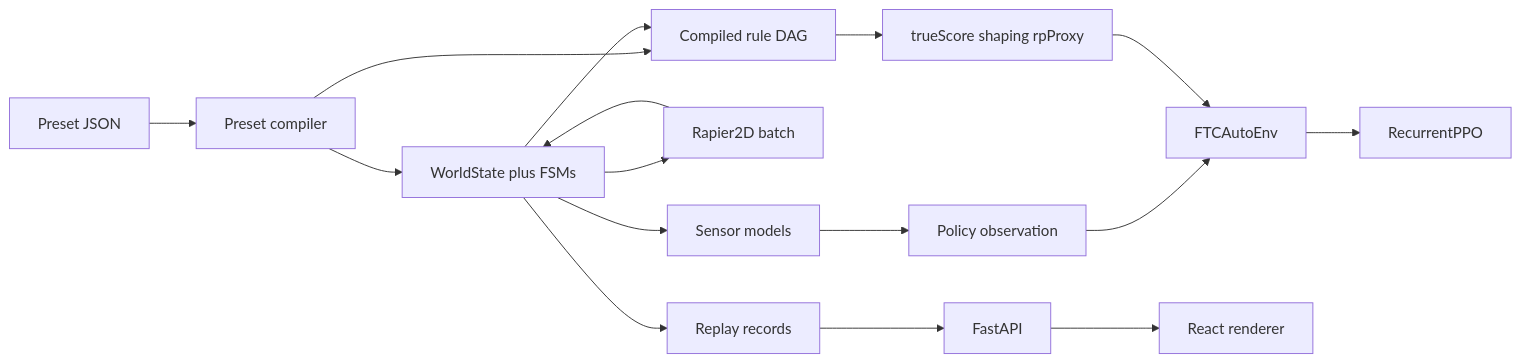
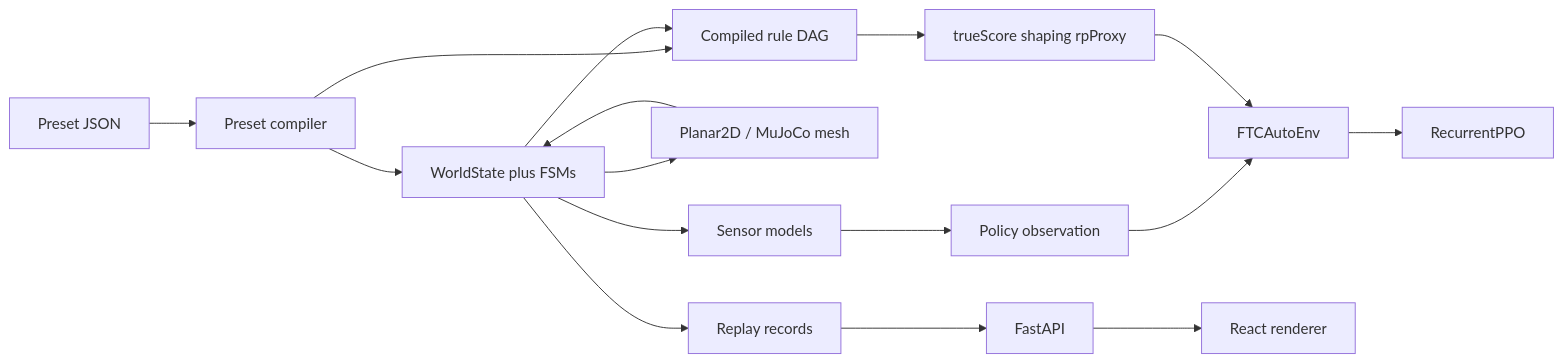
One commit to EpiscopalRoboJP/TalonGym changed the diagram in docs/ARCHITECTURE.md. Above: the diagram before and after it, drawn with Mermaid. The commit also changed other lines of this file and 43 other files, not shown here.

````diff
--- a/docs/ARCHITECTURE.md
+++ b/docs/ARCHITECTURE.md
@@ -93,18 +93,18 @@
 ```mermaid
 flowchart LR
   presets[Preset JSON] --> compiler[Preset compiler]
   compiler --> world[WorldState plus FSMs]
   compiler --> dag[Compiled rule DAG]
-  world --> rapier[Rapier2D batch]
-  rapier --> world
+  world --> planar[Planar2D / MuJoCo mesh]
+  planar --> world
   world --> sensors[Sensor models]
   sensors --> obs[Policy observation]
   world --> dag
   dag --> channels[trueScore shaping rpProxy]
   obs --> env[FTCAutoEnv]
   channels --> env
   env --> train[RecurrentPPO]
   world --> replay[Replay records]
   replay --> api[FastAPI]
   api --> web[React renderer]
 ```
````
